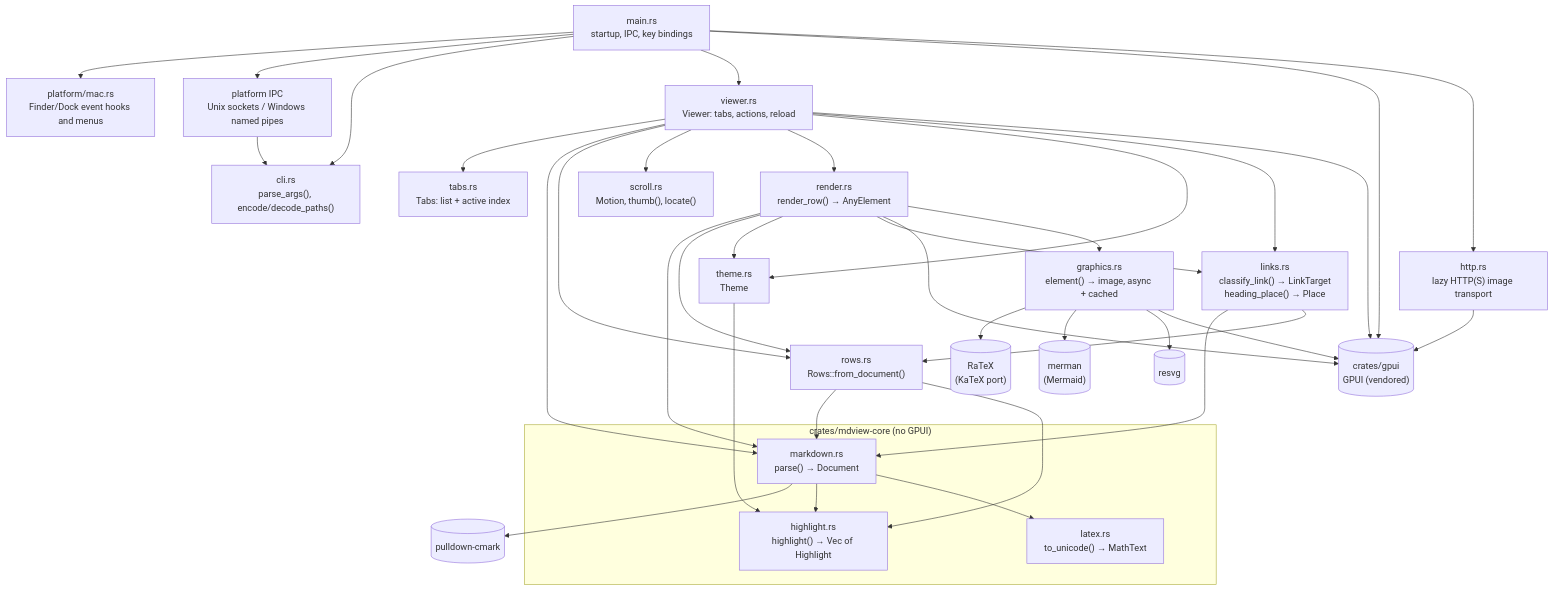
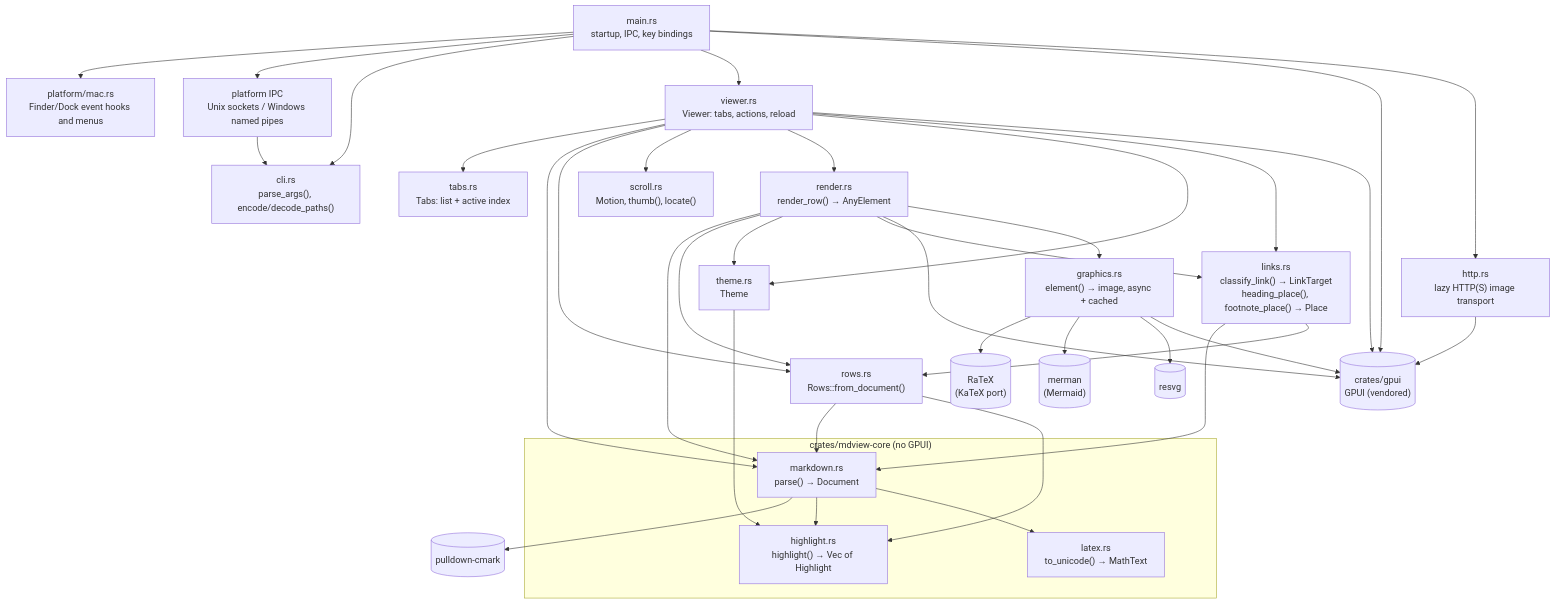
Before and after one commit to JorgeAgar/markdown-viewer-zed: the first of 6 diagrams in docs/architecture.md, drawn with Mermaid. The commit also changed other lines of this file and 12 other files, not shown here.

````diff
--- a/docs/architecture.md
+++ b/docs/architecture.md
@@ -33,61 +33,61 @@
 ```mermaid
 flowchart TD
     main["main.rs<br/>startup, IPC, key bindings"]
     cli["cli.rs<br/>parse_args(), encode/decode_paths()"]
     viewer["viewer.rs<br/>Viewer: tabs, actions, reload"]
     tabs["tabs.rs<br/>Tabs: list + active index"]
     subgraph core["crates/mdview-core (no GPUI)"]
         markdown["markdown.rs<br/>parse() → Document"]
         highlight["highlight.rs<br/>highlight() → Vec of Highlight"]
         latex["latex.rs<br/>to_unicode() → MathText"]
     end
     graphics["graphics.rs<br/>element() → image, async + cached"]
     ratex[("RaTeX<br/>(KaTeX port)")]
     merman[("merman<br/>(Mermaid)")]
     resvg[("resvg")]
     render["render.rs<br/>render_row() → AnyElement"]
     rows["rows.rs<br/>Rows::from_document()"]
     scroll["scroll.rs<br/>Motion, thumb(), locate()"]
-    links["links.rs<br/>classify_link() → LinkTarget<br/>heading_place() → Place"]
+    links["links.rs<br/>classify_link() → LinkTarget<br/>heading_place(), footnote_place() → Place"]
     theme["theme.rs<br/>Theme"]
     gpui[("crates/gpui<br/>GPUI (vendored)")]
     cmark[("pulldown-cmark")]
 
     ipc["platform IPC<br/>Unix sockets / Windows named pipes"]
     mac["platform/mac.rs<br/>Finder/Dock event hooks and menus"]
     main --> mac
     main --> ipc
     ipc --> cli
     main --> cli
     main --> viewer
     viewer --> tabs
     main --> gpui
     viewer --> markdown
     viewer --> rows
     viewer --> scroll
     viewer --> render
     viewer --> theme
     rows --> markdown
     rows --> highlight
     render --> markdown
     render --> rows
     render --> theme
     render --> links
     viewer --> links
     links --> markdown
     links --> rows
     http["http.rs<br/>lazy HTTP(S) image transport"]
     main --> http
     http --> gpui
     render --> gpui
     viewer --> gpui
     markdown --> cmark
     markdown --> highlight
     markdown --> latex
     theme --> highlight
     render --> graphics
     graphics --> ratex
     graphics --> merman
     graphics --> resvg
     graphics --> gpui
 ```
````
